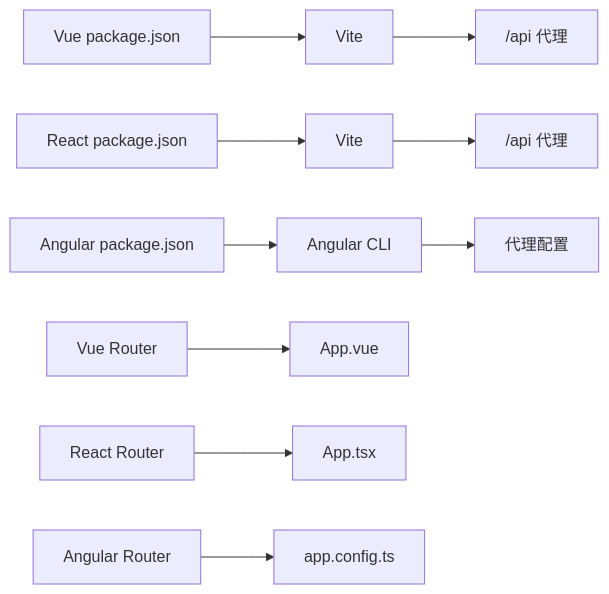
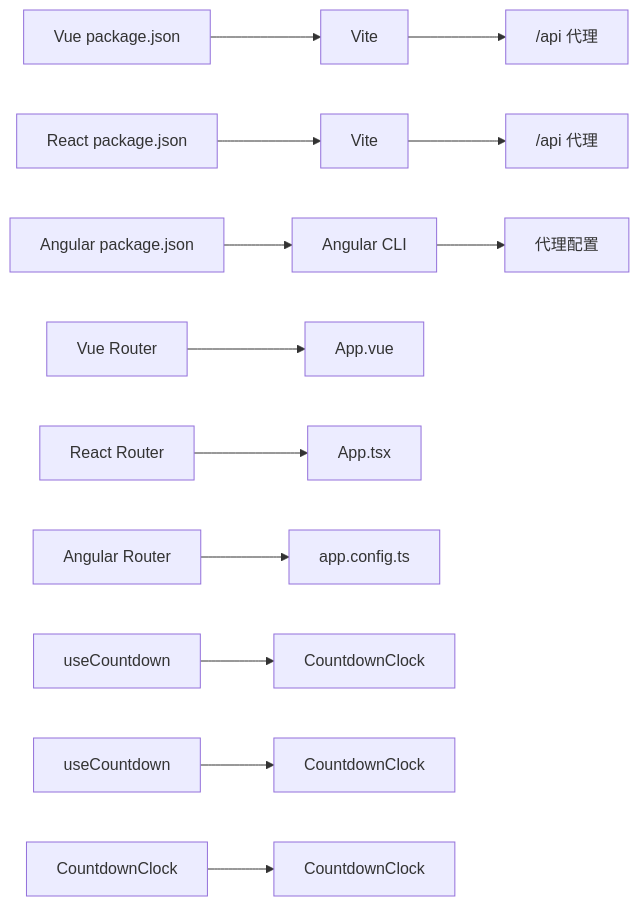
The seventh of 7 diagrams in .qoder/repowiki/zh/content/前端实现详解/前端实现详解.md (alexy2008/TimeCapsule), drawn with Mermaid before and after one commit. The commit also changed other lines of this file and 22 other files, not shown here.

````diff
--- a/.qoder/repowiki/zh/content/前端实现详解/前端实现详解.md
+++ b/.qoder/repowiki/zh/content/前端实现详解/前端实现详解.md
@@ -308,12 +434,15 @@
 ```mermaid
 graph LR
 V_pkg["Vue package.json"] --> V_vite["Vite"]
 R_pkg["React package.json"] --> R_vite["Vite"]
 A_pkg["Angular package.json"] --> A_cli["Angular CLI"]
 V_vite --> V_proxy["/api 代理"]
 R_vite --> R_proxy["/api 代理"]
 A_cli --> A_proxy["代理配置"]
 V_router["Vue Router"] --> V_app["App.vue"]
 R_router["React Router"] --> R_app["App.tsx"]
 A_router["Angular Router"] --> A_config["app.config.ts"]
+V_countdown["useCountdown"] --> V_components["CountdownClock"]
+R_countdown["useCountdown"] --> R_components["CountdownClock"]
+A_countdown["CountdownClock"] --> A_components["CountdownClock"]
 ```
````
